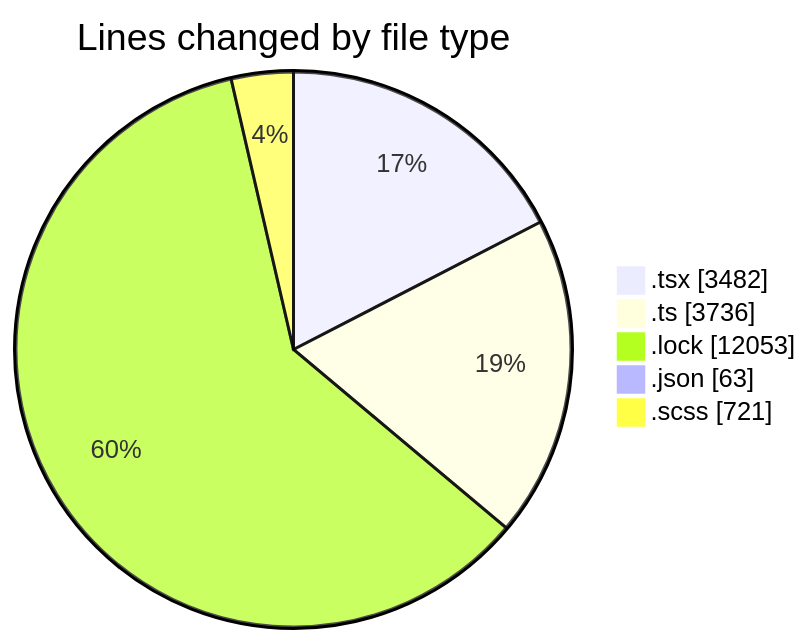
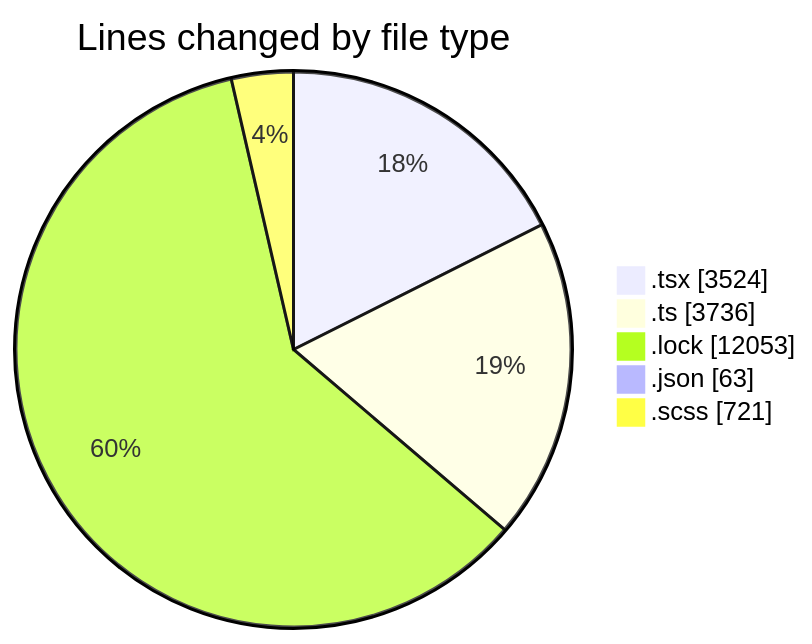
One commit to momahboobian/code-tracking changed the first of 2 diagrams in 2025-12-03/cda/README.md. Above: the diagram before and after it, drawn with Mermaid. The commit also changed other lines of this file and 1 other file, not shown here.

````diff
--- a/2025-12-03/cda/README.md
+++ b/2025-12-03/cda/README.md
@@ -32,9 +32,9 @@
 ```mermaid
 pie showData
 title Lines changed by file type
-".tsx" : 3482
+".tsx" : 3524
 ".ts" : 3736
 ".lock" : 12053
 ".json" : 63
 ".scss" : 721
 ```
````
